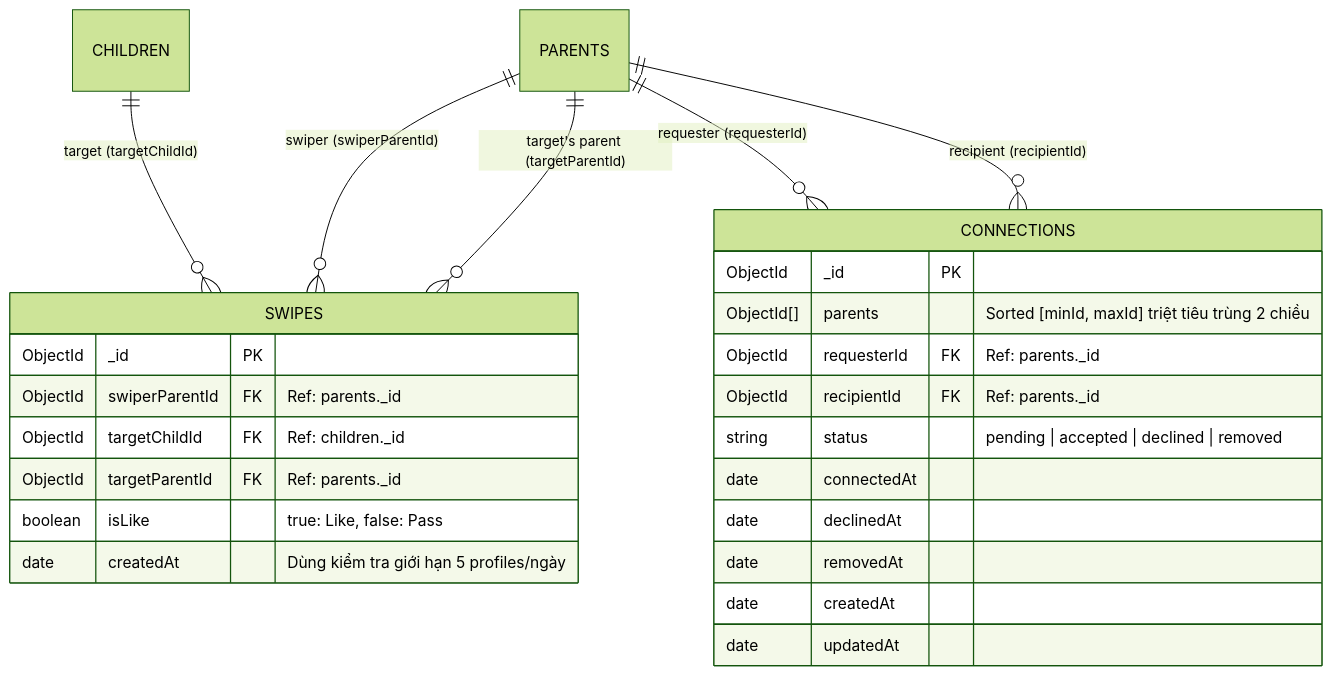
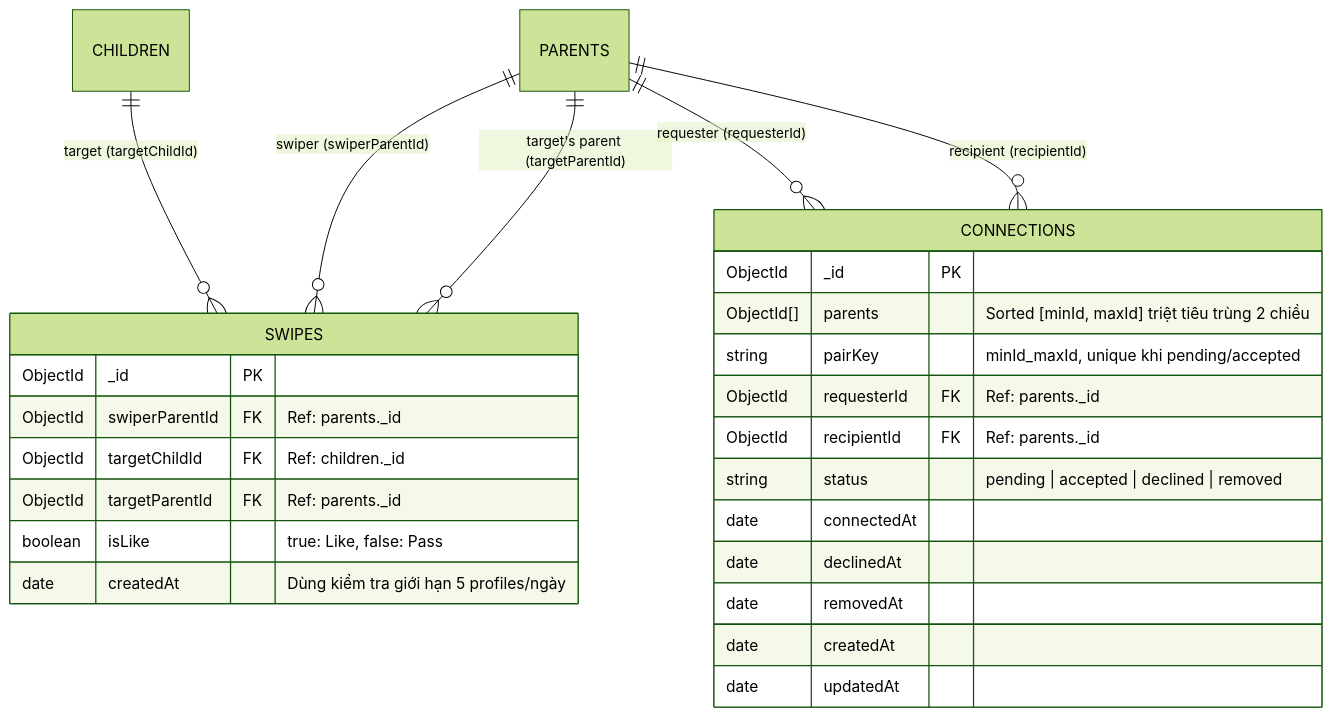
Before and after one commit to BuddyLink-Team/Back-End: the third of 8 diagrams in docs/DATABASE_SCHEMA.md, drawn with Mermaid (forest theme). The commit also changed other lines of this file and 15 other files, not shown here.

````diff
--- a/docs/DATABASE_SCHEMA.md
+++ b/docs/DATABASE_SCHEMA.md
@@ -197,30 +197,31 @@
 ```mermaid
 erDiagram
     PARENTS ||--o{ SWIPES : "swiper (swiperParentId)"
     CHILDREN ||--o{ SWIPES : "target (targetChildId)"
     PARENTS ||--o{ SWIPES : "target's parent (targetParentId)"
     PARENTS ||--o{ CONNECTIONS : "requester (requesterId)"
     PARENTS ||--o{ CONNECTIONS : "recipient (recipientId)"
 
     SWIPES {
         ObjectId _id PK
         ObjectId swiperParentId FK "Ref: parents._id"
         ObjectId targetChildId FK "Ref: children._id"
         ObjectId targetParentId FK "Ref: parents._id"
         boolean isLike "true: Like, false: Pass"
         date createdAt "Dùng kiểm tra giới hạn 5 profiles/ngày"
     }
 
     CONNECTIONS {
         ObjectId _id PK
         ObjectId[] parents "Sorted [minId, maxId] triệt tiêu trùng 2 chiều"
+        string pairKey "minId_maxId, unique khi pending/accepted"
         ObjectId requesterId FK "Ref: parents._id"
         ObjectId recipientId FK "Ref: parents._id"
         string status "pending | accepted | declined | removed"
         date connectedAt
         date declinedAt
         date removedAt
         date createdAt
         date updatedAt
     }
 ```
````
